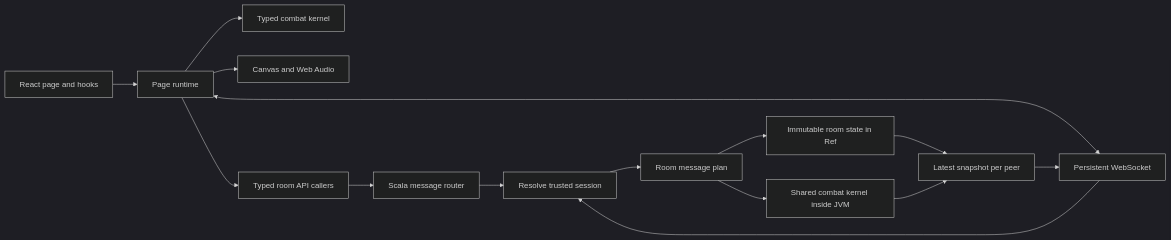
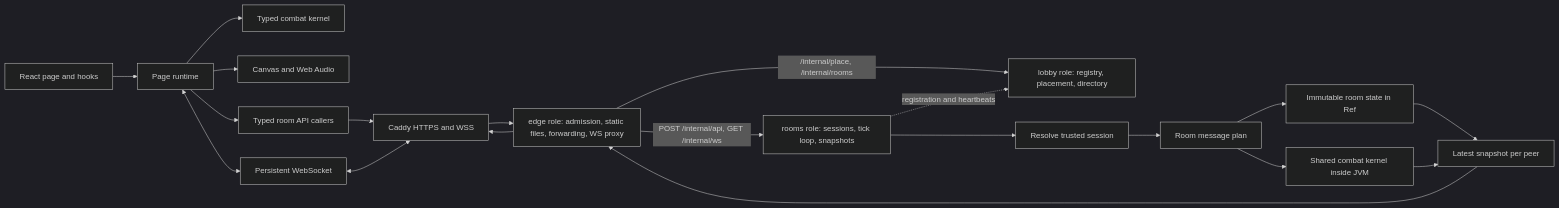
Before and after one commit to BestTianqi/mygo-fighter: the diagram in docs/ARCHITECTURE.md, drawn with Mermaid (dark theme). The commit also changed other lines of this file and 86 other files, not shown here.

````diff
--- a/docs/ARCHITECTURE.md
+++ b/docs/ARCHITECTURE.md
@@ -3,17 +3,22 @@
 ```mermaid
 flowchart LR
   UI[React page and hooks] --> Runtime[Page runtime]
   Runtime --> Local[Typed combat kernel]
   Runtime --> Renderer[Canvas and Web Audio]
   Runtime --> HTTP[Typed room API callers]
   Runtime <--> Socket[Persistent WebSocket]
-  HTTP --> Router[Scala message router]
-  Router --> Resolve[Resolve trusted session]
+  HTTP --> Caddy[Caddy HTTPS and WSS]
+  Socket <--> Caddy
+  Caddy --> Edge["edge role: admission, static files, forwarding, WS proxy"]
+  Edge -->|"POST /internal/api, GET /internal/ws"| Rooms["rooms role: sessions, tick loop, snapshots"]
+  Edge -->|"/internal/place, /internal/rooms"| Lobby["lobby role: registry, placement, directory"]
+  Rooms -.->|"registration and heartbeats"| Lobby
+  Rooms --> Resolve[Resolve trusted session]
   Resolve --> Plan[Room message plan]
-  Socket --> Resolve
   Plan --> Ref[Immutable room state in Ref]
   Plan --> Kernel[Shared combat kernel inside JVM]
   Ref --> Broadcast[Latest snapshot per peer]
   Kernel --> Broadcast
-  Broadcast --> Socket
+  Broadcast --> Edge
+  Edge --> Caddy
 ```
````
